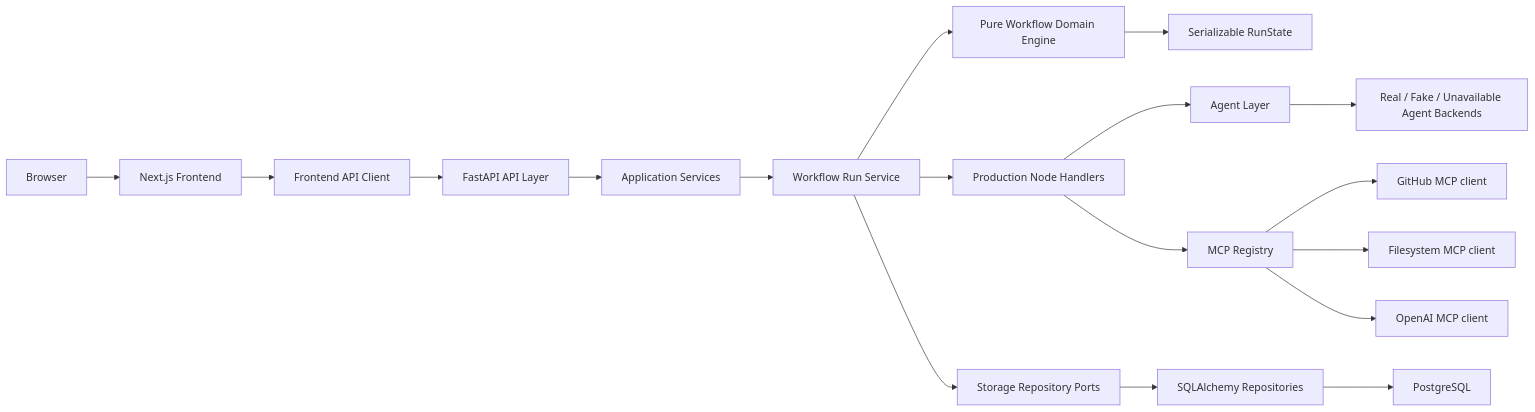
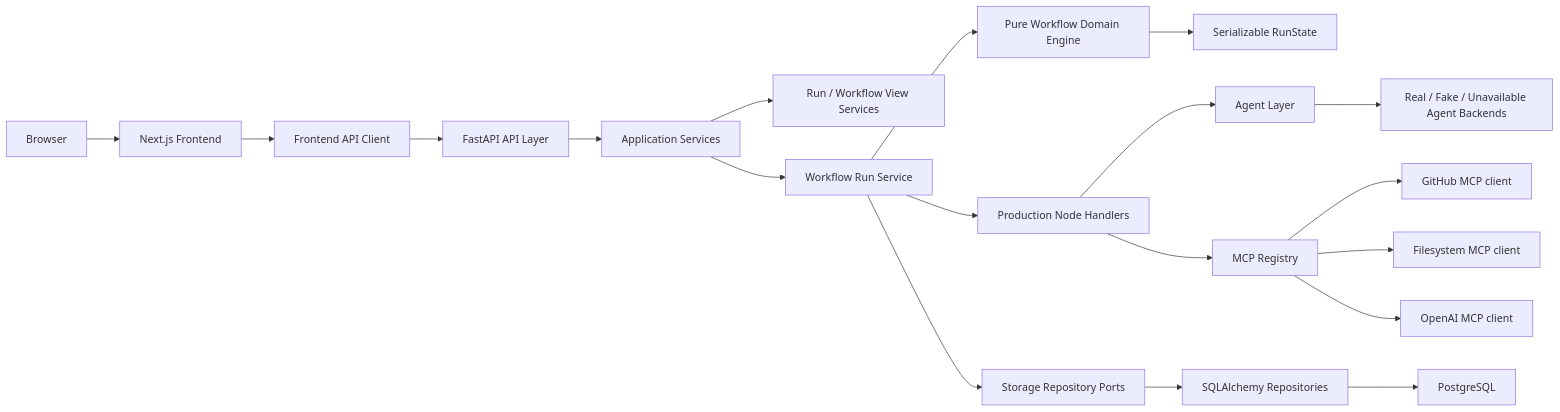
Before and after one commit to qurbaneliii/FlowPilot-MCP---AI-Workflow-Automation-Builder: the diagram in docs/architecture.md, drawn with Mermaid. The commit also changed other lines of this file and 38 other files, not shown here.

````diff
--- a/docs/architecture.md
+++ b/docs/architecture.md
@@ -7,20 +7,21 @@
 ```mermaid
 flowchart LR
   Browser["Browser"] --> Frontend["Next.js Frontend"]
   Frontend --> ApiClient["Frontend API Client"]
   ApiClient --> Backend["FastAPI API Layer"]
   Backend --> Services["Application Services"]
+  Services --> ViewModels["Run / Workflow View Services"]
   Services --> RunService["Workflow Run Service"]
   RunService --> Handlers["Production Node Handlers"]
   RunService --> Domain["Pure Workflow Domain Engine"]
   Domain --> State["Serializable RunState"]
   RunService --> StoragePorts["Storage Repository Ports"]
   StoragePorts --> Storage["SQLAlchemy Repositories"]
   Storage --> Postgres["PostgreSQL"]
   Handlers --> Agents["Agent Layer"]
   Handlers --> MCP["MCP Registry"]
   Agents --> AgentBackends["Real / Fake / Unavailable Agent Backends"]
   MCP --> GitHub["GitHub MCP client"]
   MCP --> Filesystem["Filesystem MCP client"]
   MCP --> OpenAI["OpenAI MCP client"]
 ```
````
